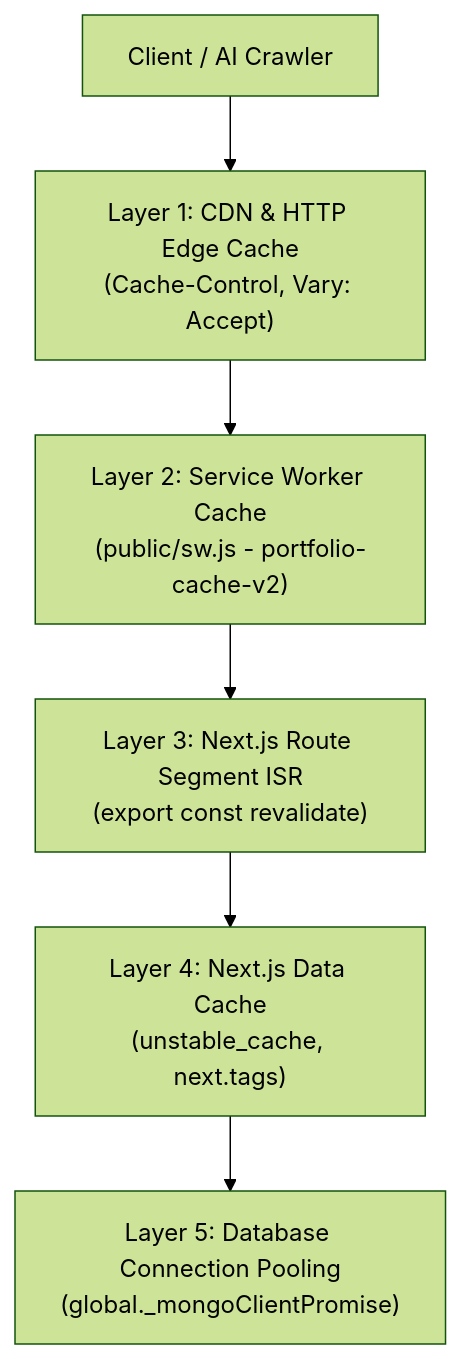
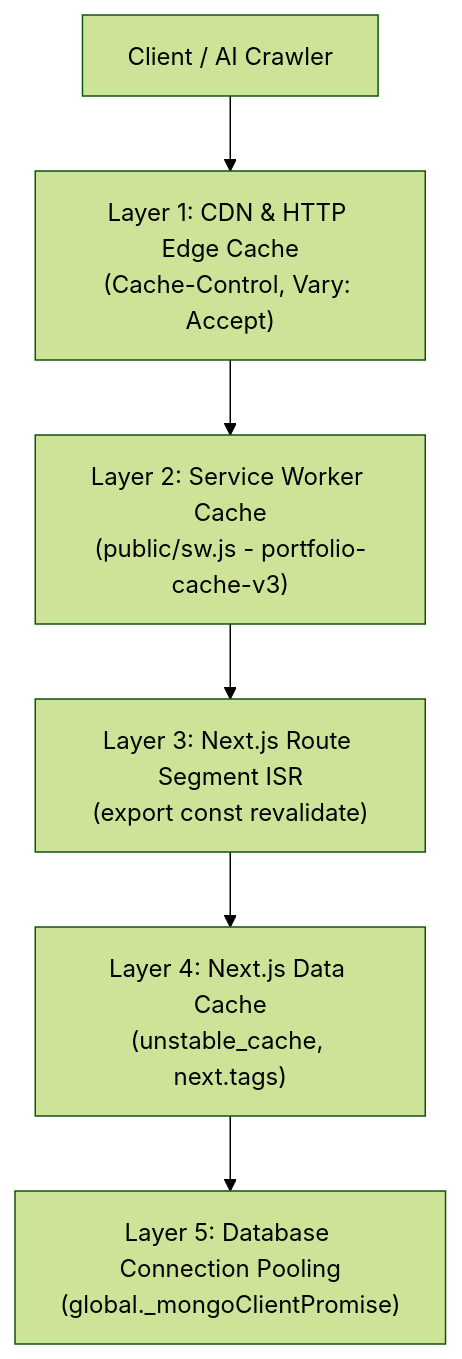
The first of 2 diagrams in docs/caching/caching-and-revalidation.md (assignment-sets/portfolio), drawn with Mermaid (forest theme) before and after one commit. The commit also changed other lines of this file and 3 other files, not shown here.

````diff
--- a/docs/caching/caching-and-revalidation.md
+++ b/docs/caching/caching-and-revalidation.md
@@ -11,8 +11,8 @@
 ```mermaid
 flowchart TD
     Client["Client / AI Crawler"] --> L1["Layer 1: CDN & HTTP Edge Cache\n(Cache-Control, Vary: Accept)"]
-    L1 --> L2["Layer 2: Service Worker Cache\n(public/sw.js - portfolio-cache-v2)"]
+    L1 --> L2["Layer 2: Service Worker Cache\n(public/sw.js - portfolio-cache-v3)"]
     L2 --> L3["Layer 3: Next.js Route Segment ISR\n(export const revalidate)"]
     L3 --> L4["Layer 4: Next.js Data Cache\n(unstable_cache, next.tags)"]
     L4 --> L5["Layer 5: Database Connection Pooling\n(global._mongoClientPromise)"]
 ```
````
